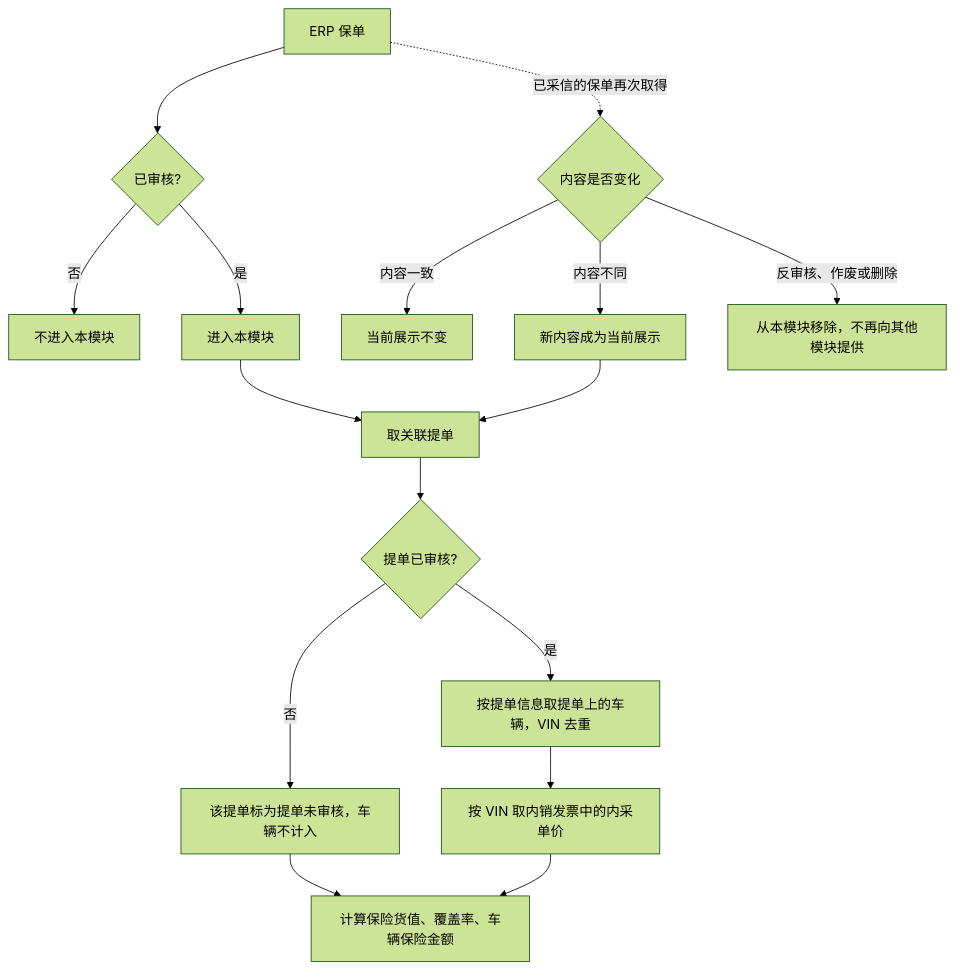
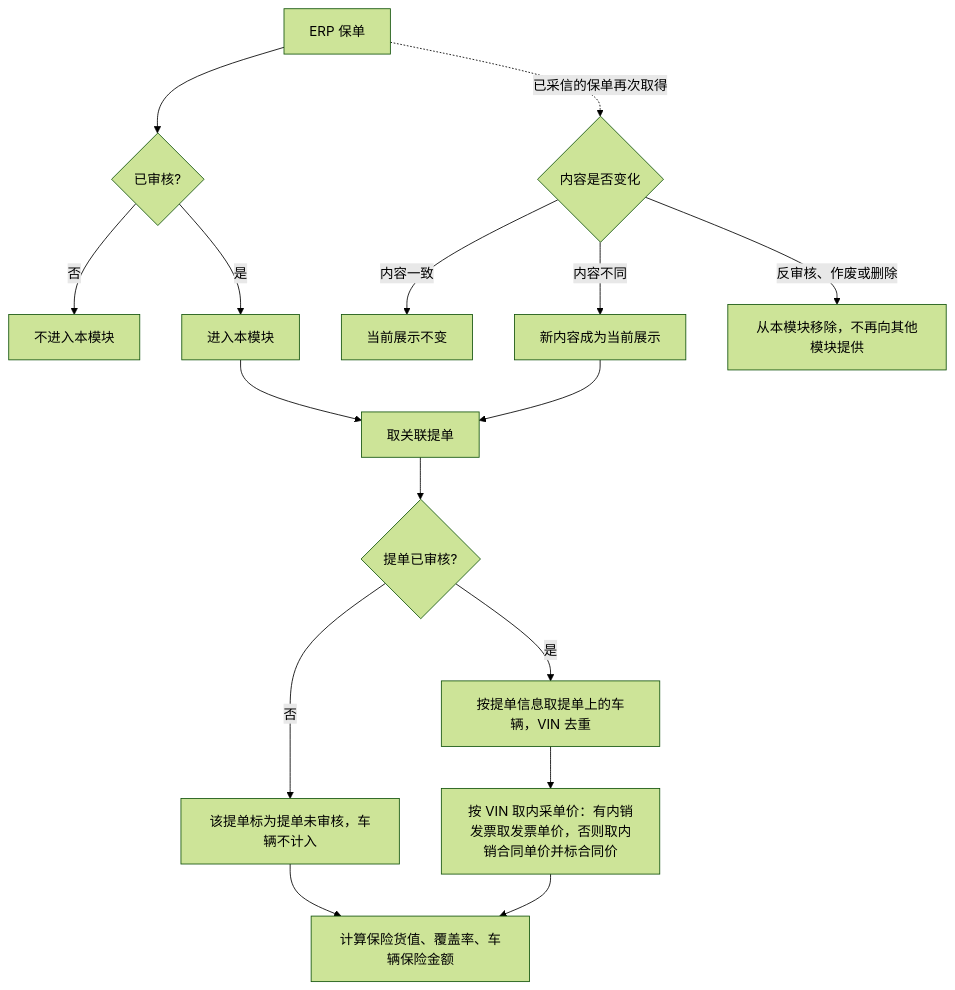
Before and after one commit to wxblockchain/Chain-Financing: the first of 3 diagrams in asset-trust-platform/PRD/运营端/M13-保单信息/02-保单信息-流程图与状态机.md, drawn with Mermaid (forest theme). The commit also changed other lines of this file and 2 other files, not shown here.

````diff
--- a/asset-trust-platform/PRD/运营端/M13-保单信息/02-保单信息-流程图与状态机.md
+++ b/asset-trust-platform/PRD/运营端/M13-保单信息/02-保单信息-流程图与状态机.md
@@ -16,18 +16,18 @@
 ```mermaid
 flowchart TD
     A[ERP 保单] --> B{已审核?}
     B -->|否| X[不进入本模块]
     B -->|是| C[进入本模块]
     C --> D[取关联提单]
     D --> E{提单已审核?}
     E -->|否| F[该提单标为提单未审核，车辆不计入]
     E -->|是| G[按提单信息取提单上的车辆，VIN 去重]
-    G --> H[按 VIN 取内销发票中的内采单价]
+    G --> H[按 VIN 取内采单价：有内销发票取发票单价，否则取内销合同单价并标合同价]
     F --> R[计算保险货值、覆盖率、车辆保险金额]
     H --> R
     A -. 已采信的保单再次取得 .-> U{内容是否变化}
     U -->|内容一致| K[当前展示不变]
     U -->|内容不同| N[新内容成为当前展示]
     U -->|反审核、作废或删除| M[从本模块移除，不再向其他模块提供]
     N --> D
 ```
````
